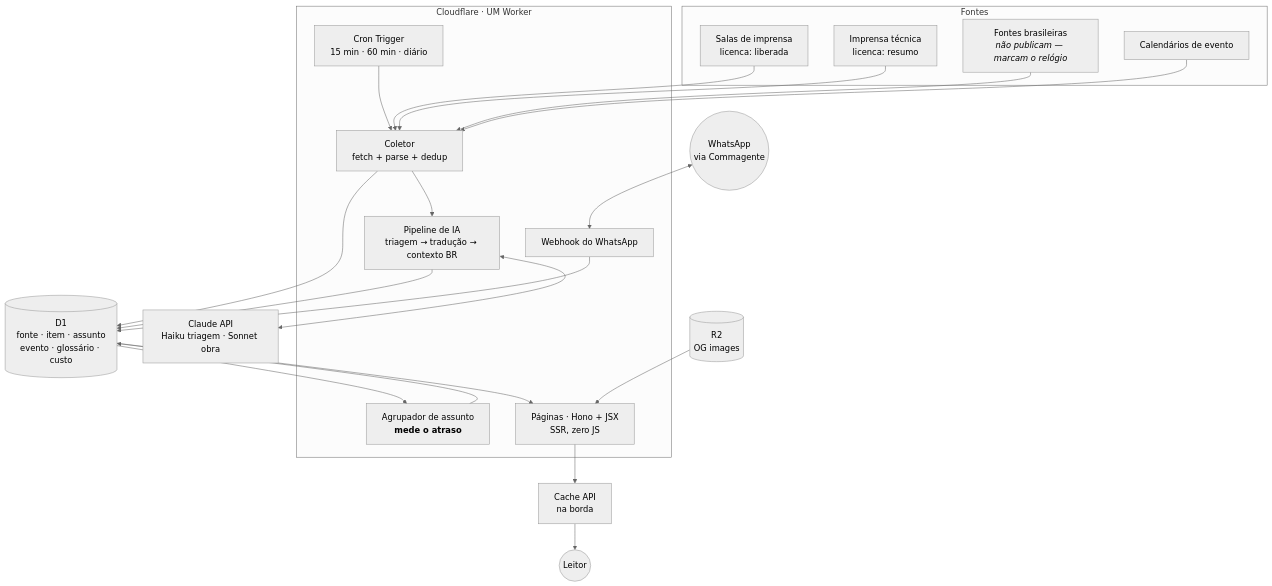
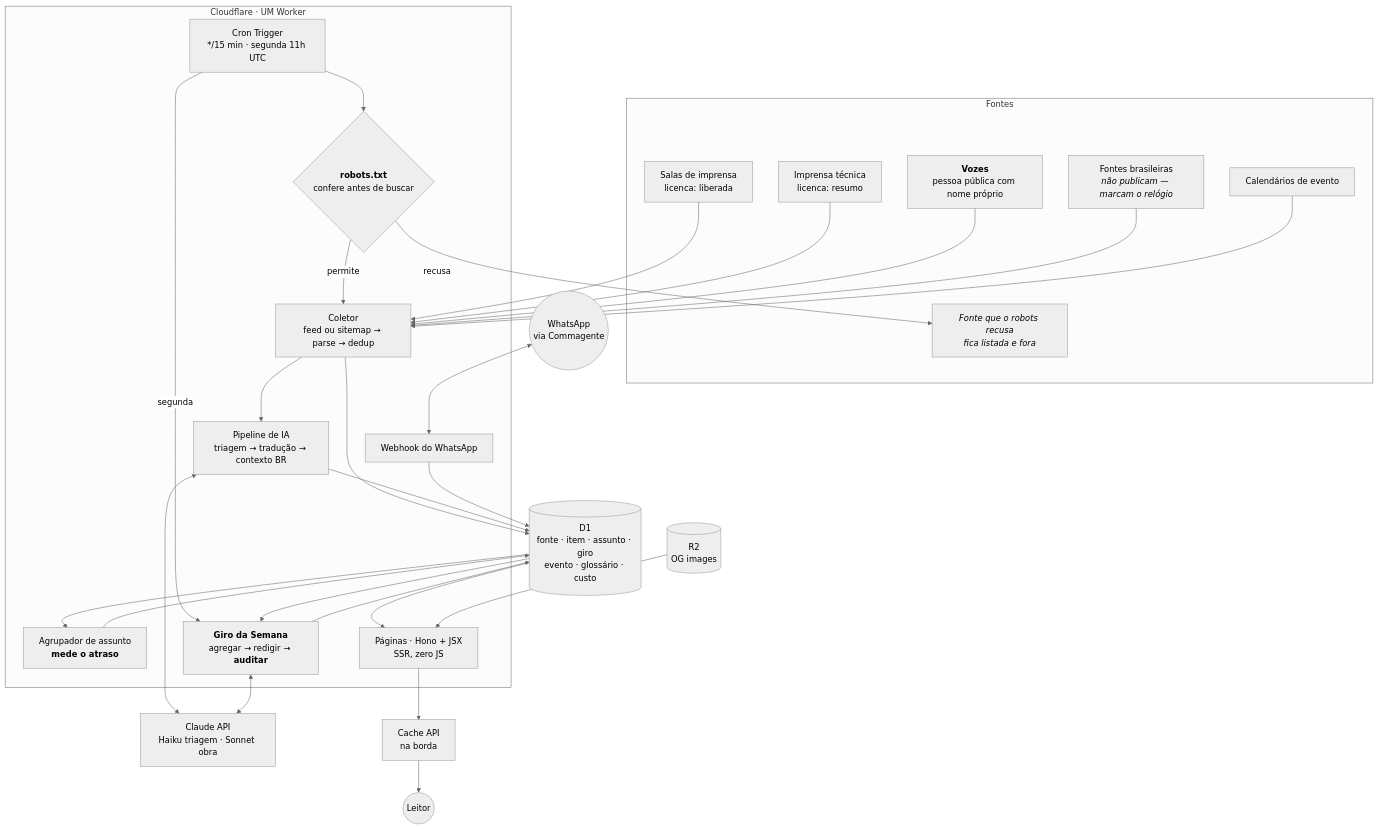
The diagram in docs/ARQUITETURA.md (pethrus07/instituto-automacao), drawn with Mermaid (neutral theme) before and after one commit. The commit also changed other lines of this file and 9 other files, not shown here.

````diff
--- a/docs/ARQUITETURA.md
+++ b/docs/ARQUITETURA.md
@@ -19,43 +19,54 @@
 ```mermaid
 flowchart TB
     subgraph FORA["Fontes"]
       PR["Salas de imprensa<br/>licenca: liberada"]
       IMP["Imprensa técnica<br/>licenca: resumo"]
+      VOZ["<b>Vozes</b><br/>pessoa pública com nome próprio"]
       BR["Fontes brasileiras<br/><i>não publicam — marcam o relógio</i>"]
       EV["Calendários de evento"]
+      NAO["<i>Fonte que o robots recusa</i><br/><i>fica listada e fora</i>"]
     end
 
     subgraph CF["Cloudflare · UM Worker"]
-      CRON["Cron Trigger<br/>15 min · 60 min · diário"]
-      COL["Coletor<br/>fetch + parse + dedup"]
+      CRON["Cron Trigger<br/>*/15 min · segunda 11h UTC"]
+      ROB{"<b>robots.txt</b><br/>confere antes de buscar"}
+      COL["Coletor<br/>feed ou sitemap → parse → dedup"]
       PIPE["Pipeline de IA<br/>triagem → tradução → contexto BR"]
       CLUST["Agrupador de assunto<br/><b>mede o atraso</b>"]
+      GIRO["<b>Giro da Semana</b><br/>agregar → redigir → <b>auditar</b>"]
       SSR["Páginas · Hono + JSX<br/>SSR, zero JS"]
       HOOK["Webhook do WhatsApp"]
     end
 
     IA["Claude API<br/>Haiku triagem · Sonnet obra"]
-    D1[("D1<br/>fonte · item · assunto<br/>evento · glossário · custo")]
+    D1[("D1<br/>fonte · item · assunto · giro<br/>evento · glossário · custo")]
     R2[("R2<br/>OG images")]
     EDGE["Cache API<br/>na borda"]
     WA(("WhatsApp<br/>via Commagente"))
     LEITOR(("Leitor"))
 
-    CRON --> COL
+    CRON --> ROB
+    ROB -->|permite| COL
+    ROB -->|recusa| NAO
+    CRON -->|segunda| GIRO
     PR --> COL
     IMP --> COL
+    VOZ --> COL
     BR --> COL
     EV --> COL
     COL --> D1
     COL --> PIPE
     PIPE <--> IA
     PIPE --> D1
     D1 --> CLUST
     CLUST --> D1
+    D1 --> GIRO
+    GIRO <--> IA
+    GIRO --> D1
     WA <--> HOOK
     HOOK --> D1
     D1 --> SSR
     R2 --> SSR
     SSR --> EDGE
     EDGE --> LEITOR
 ```
````
